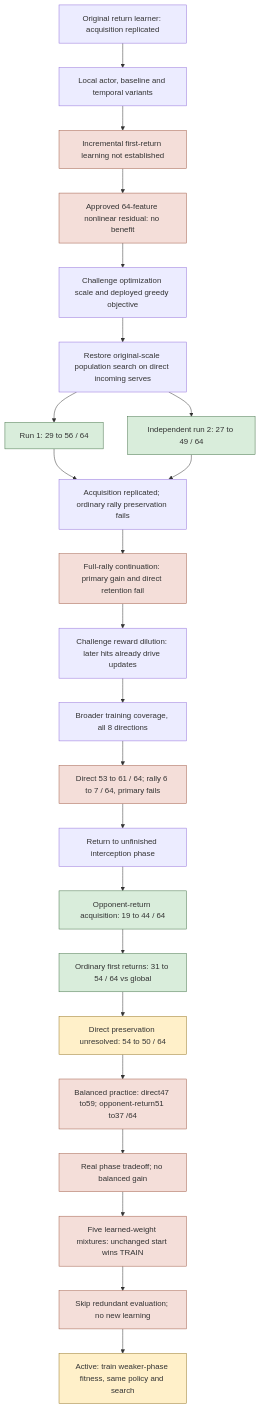
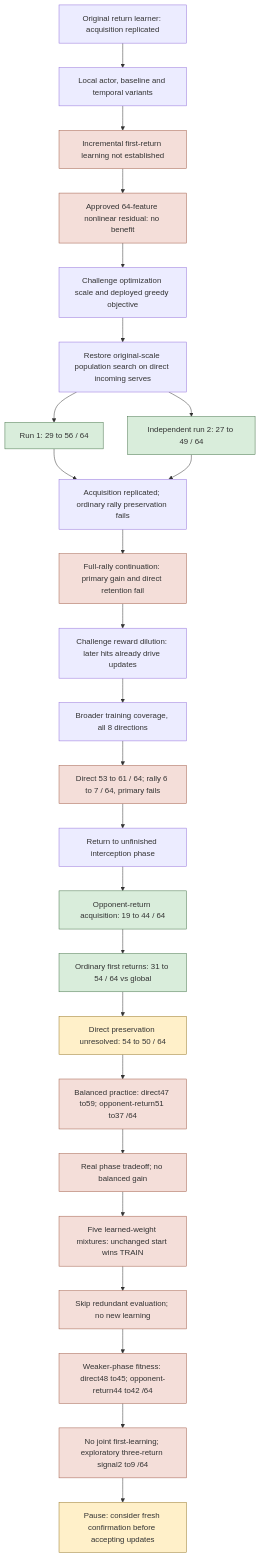
Before and after one commit to rruhland/Fly-Connectome: the diagram in docs/reconstruction/2026-10-22-progress-map.md, drawn with Mermaid. The commit also changed other lines of this file and 2 other files, not shown here.

Commit message:
Summarize bounded research results and next mechanism decision

````diff
--- a/docs/reconstruction/2026-10-22-progress-map.md
+++ b/docs/reconstruction/2026-10-22-progress-map.md
@@ -7,33 +7,36 @@
 ```mermaid
 flowchart TD
     A[Original return learner: acquisition replicated] --> B[Local actor, baseline and temporal variants]
     B --> C[Incremental first-return learning not established]
     C --> D[Approved 64-feature nonlinear residual: no benefit]
     D --> E[Challenge optimization scale and deployed greedy objective]
     E --> F[Restore original-scale population search on direct incoming serves]
     F --> G[Run 1: 29 to 56 / 64]
     F --> H[Independent run 2: 27 to 49 / 64]
     G --> I[Acquisition replicated; ordinary rally preservation fails]
     H --> I
     I --> J[Full-rally continuation: primary gain and direct retention fail]
     J --> K[Challenge reward dilution: later hits already drive updates]
     K --> L[Broader training coverage, all 8 directions]
     L --> M[Direct 53 to 61 / 64; rally 6 to 7 / 64, primary fails]
     M --> N[Return to unfinished interception phase]
     N --> O[Opponent-return acquisition: 19 to 44 / 64]
     O --> P[Ordinary first returns: 31 to 54 / 64 vs global]
     P --> Q[Direct preservation unresolved: 54 to 50 / 64]
     Q --> R[Balanced practice: direct47 to59; opponent-return51 to37 /64]
     R --> S[Real phase tradeoff; no balanced gain]
     S --> T[Five learned-weight mixtures: unchanged start wins TRAIN]
     T --> U[Skip redundant evaluation; no new learning]
-    U --> V[Active: train weaker-phase fitness, same policy and search]
+    U --> V[Weaker-phase fitness: direct48 to45; opponent-return44 to42 /64]
+    V --> W[No joint first-learning; exploratory three-return signal2 to9 /64]
+    W --> X[Pause: consider fresh confirmation before accepting updates]
     classDef gain fill:#d9eddb,stroke:#46734a
     classDef fail fill:#f4ded9,stroke:#a15d49
     classDef active fill:#fff0c9,stroke:#967627
     class G,H,O,P gain
     class C,D,J,M fail
-    class Q,V active
+    class Q,X active
+    class V,W fail
     class T,U fail
     class R,S fail
 ```
````
